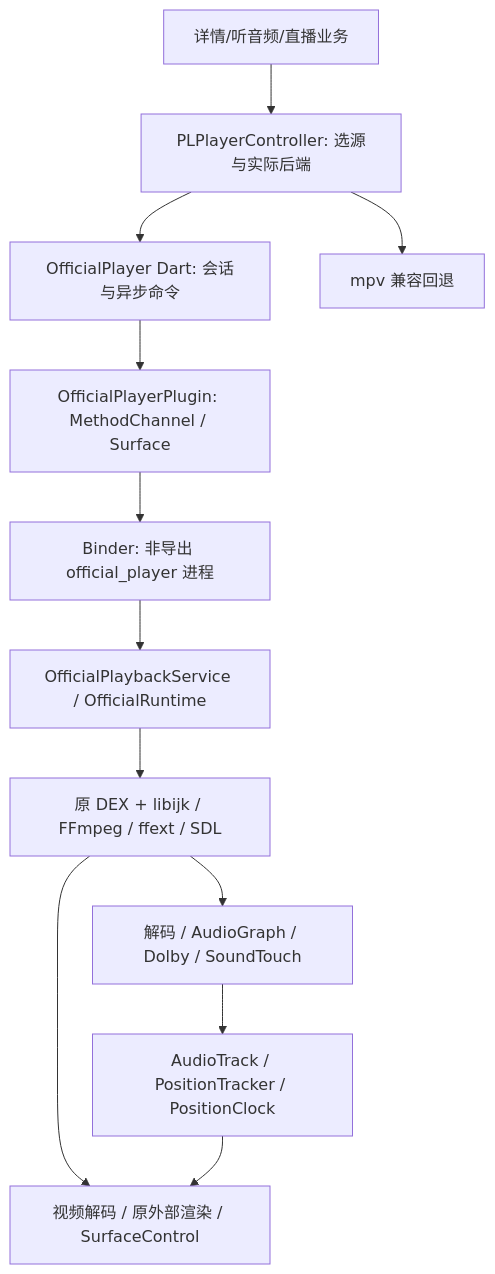
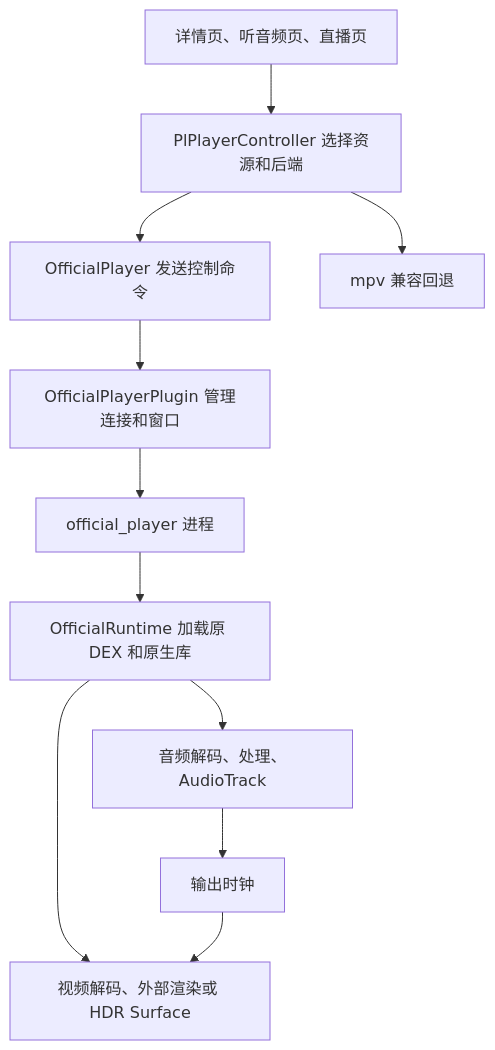
The diagram in docs/official-player-integration.md (windddkz/PiliPlus), drawn with Mermaid before and after one commit. The commit also changed other lines of this file and 1 other file, not shown here.

Commit message:
docs: explain official playback integration and tested limits in plain Chinese

````diff
--- a/docs/official-player-integration.md
+++ b/docs/official-player-integration.md
@@ -35,14 +19,13 @@
 ```mermaid
 flowchart TD
-  A[详情/听音频/直播业务] --> B[PLPlayerController: 选源与实际后端]
-  B --> C[OfficialPlayer Dart: 会话与异步命令]
-  C --> D[OfficialPlayerPlugin: MethodChannel / Surface]
-  D --> E[Binder: 非导出 official_player 进程]
-  E --> F[OfficialPlaybackService / OfficialRuntime]
-  F --> G[原 DEX + libijk / FFmpeg / ffext / SDL]
-  G --> H[解码 / AudioGraph / Dolby / SoundTouch]
-  H --> I[AudioTrack / PositionTracker / PositionClock]
-  G --> J[视频解码 / 原外部渲染 / SurfaceControl]
-  I --> J
-  B --> K[mpv 兼容回退]
+  A[详情页、听音频页、直播页] --> B[PlPlayerController 选择资源和后端]
+  B --> C[OfficialPlayer 发送控制命令]
+  C --> D[OfficialPlayerPlugin 管理连接和窗口]
+  D --> E[official_player 进程]
+  E --> F[OfficialRuntime 加载原 DEX 和原生库]
+  F --> G[音频解码、处理、AudioTrack]
+  F --> H[视频解码、外部渲染或 HDR Surface]
+  G --> I[输出时钟]
+  I --> H
+  B --> J[mpv 兼容回退]
 ```
````
